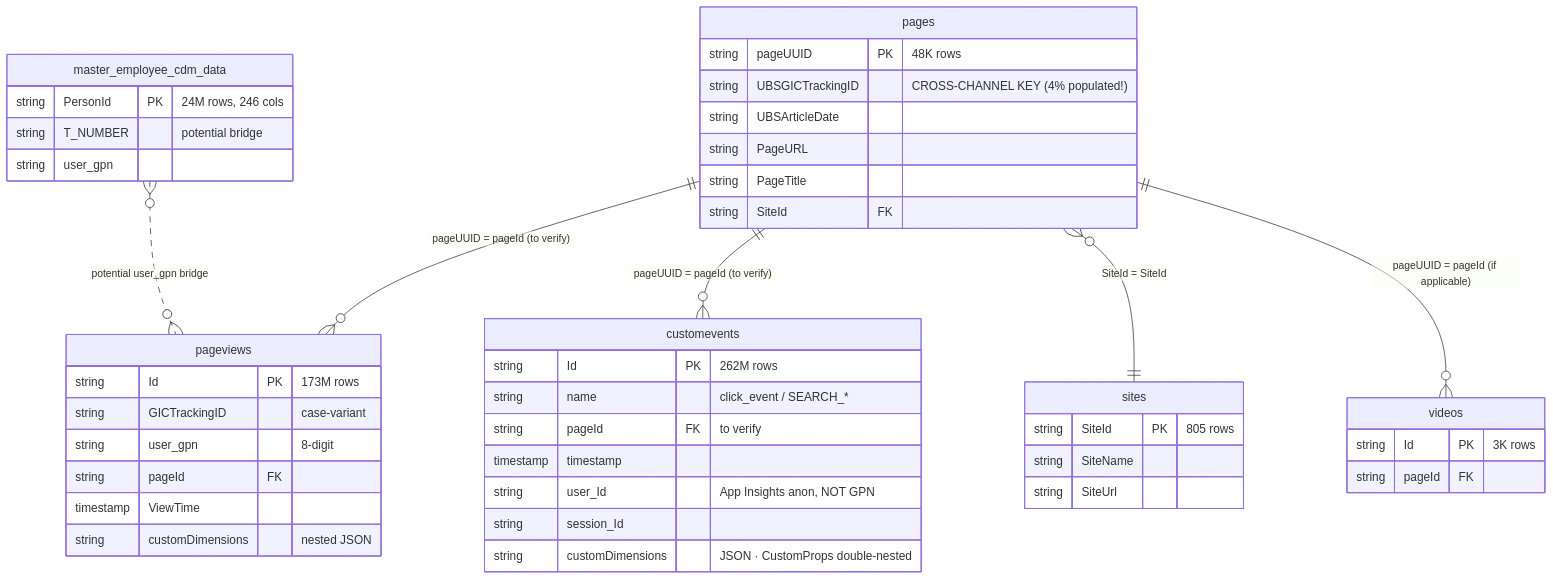
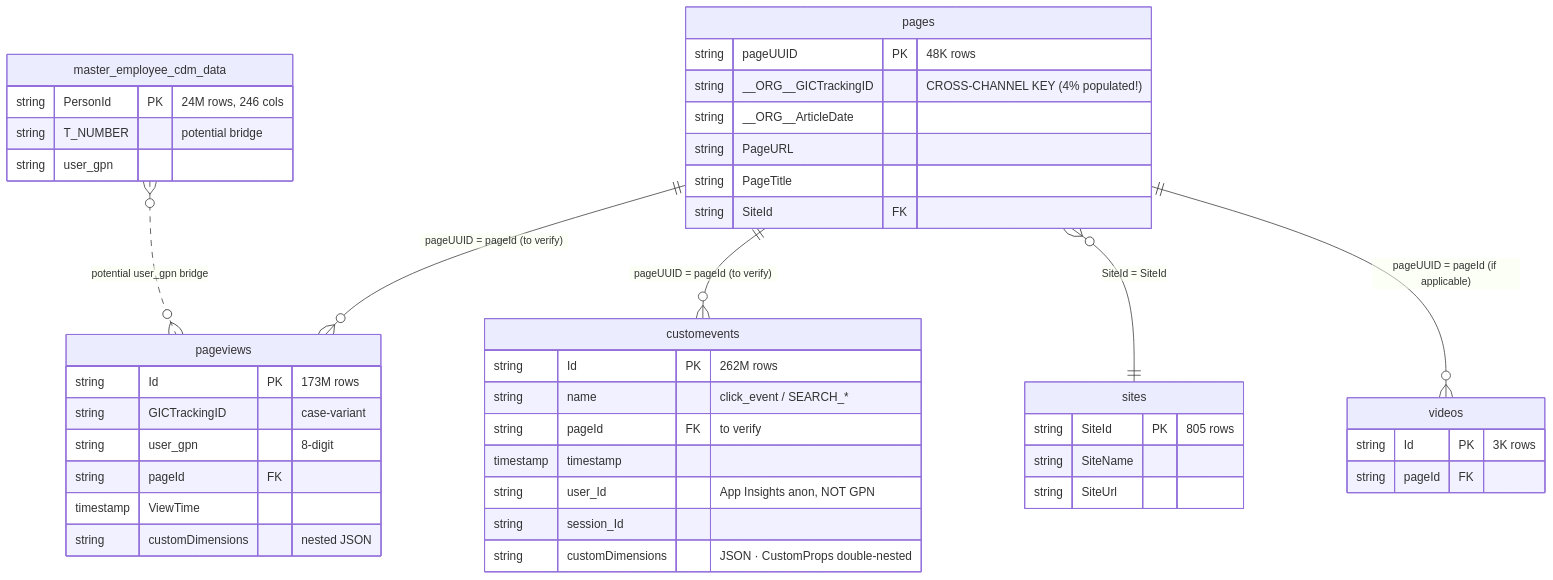
Before and after one commit to dallmi/Databricks: the diagram in docs/diagrams/er_sharepoint_bronze.md, drawn with Mermaid. The commit also changed other lines of this file and 85 other files, not shown here.

````diff
--- a/docs/diagrams/er_sharepoint_bronze.md
+++ b/docs/diagrams/er_sharepoint_bronze.md
@@ -9,48 +9,48 @@
 ```mermaid
 erDiagram
     pages      ||--o{ pageviews    : "pageUUID = pageId (to verify)"
     pages      ||--o{ customevents : "pageUUID = pageId (to verify)"
     pages      }o--|| sites        : "SiteId = SiteId"
     pages      ||--o{ videos       : "pageUUID = pageId (if applicable)"
     master_employee_cdm_data }o..o{ pageviews : "potential user_gpn bridge"
 
     pages {
         string pageUUID PK "48K rows"
-        string UBSGICTrackingID "CROSS-CHANNEL KEY (4% populated!)"
-        string UBSArticleDate
+        string __ORG__GICTrackingID "CROSS-CHANNEL KEY (4% populated!)"
+        string __ORG__ArticleDate
         string PageURL
         string PageTitle
         string SiteId FK
     }
     pageviews {
         string Id PK "173M rows"
         string GICTrackingID "case-variant"
         string user_gpn "8-digit"
         string pageId FK
         timestamp ViewTime
         string customDimensions "nested JSON"
     }
     customevents {
         string Id PK "262M rows"
         string name "click_event / SEARCH_*"
         string pageId FK "to verify"
         timestamp timestamp
         string user_Id "App Insights anon, NOT GPN"
         string session_Id
         string customDimensions "JSON · CustomProps double-nested"
     }
     sites {
         string SiteId PK "805 rows"
         string SiteName
         string SiteUrl
     }
     videos {
         string Id PK "3K rows"
         string pageId FK
     }
     master_employee_cdm_data {
         string PersonId PK "24M rows, 246 cols"
         string T_NUMBER "potential bridge"
         string user_gpn
     }
 ```
````
